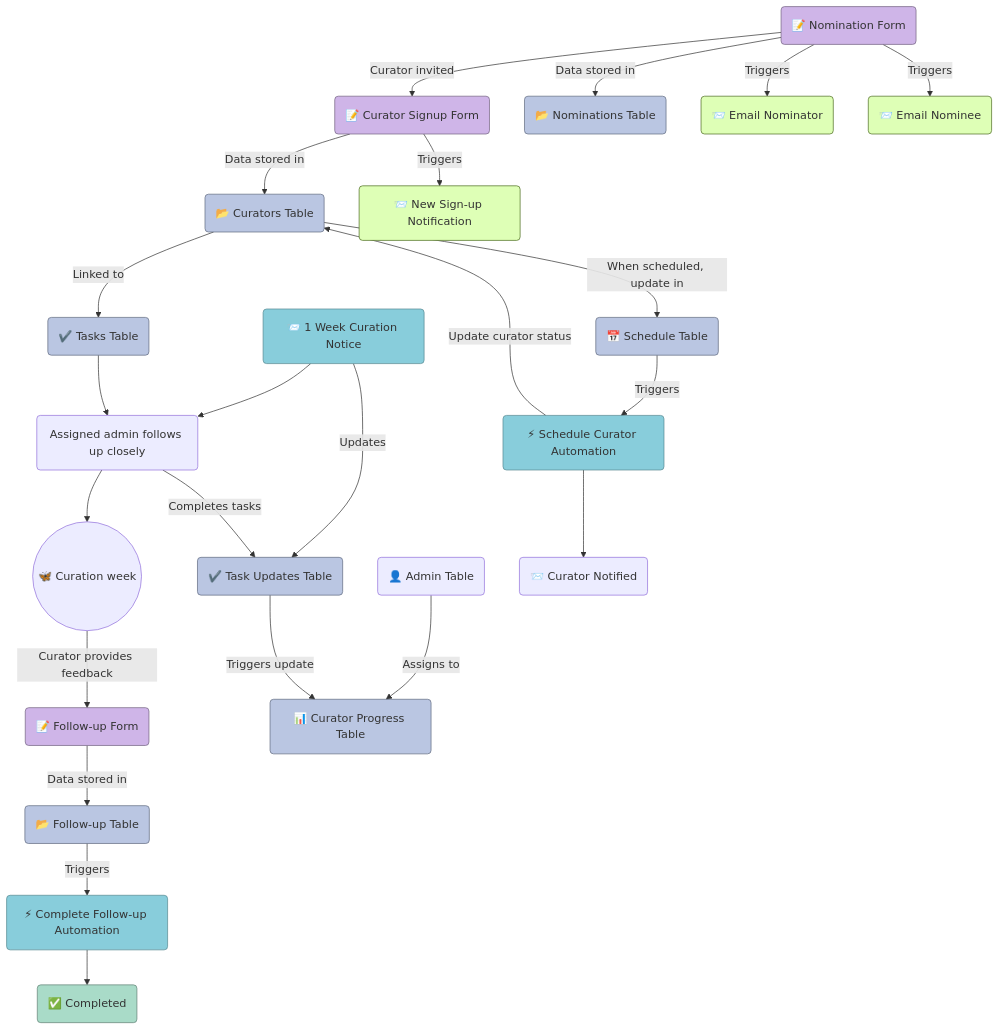
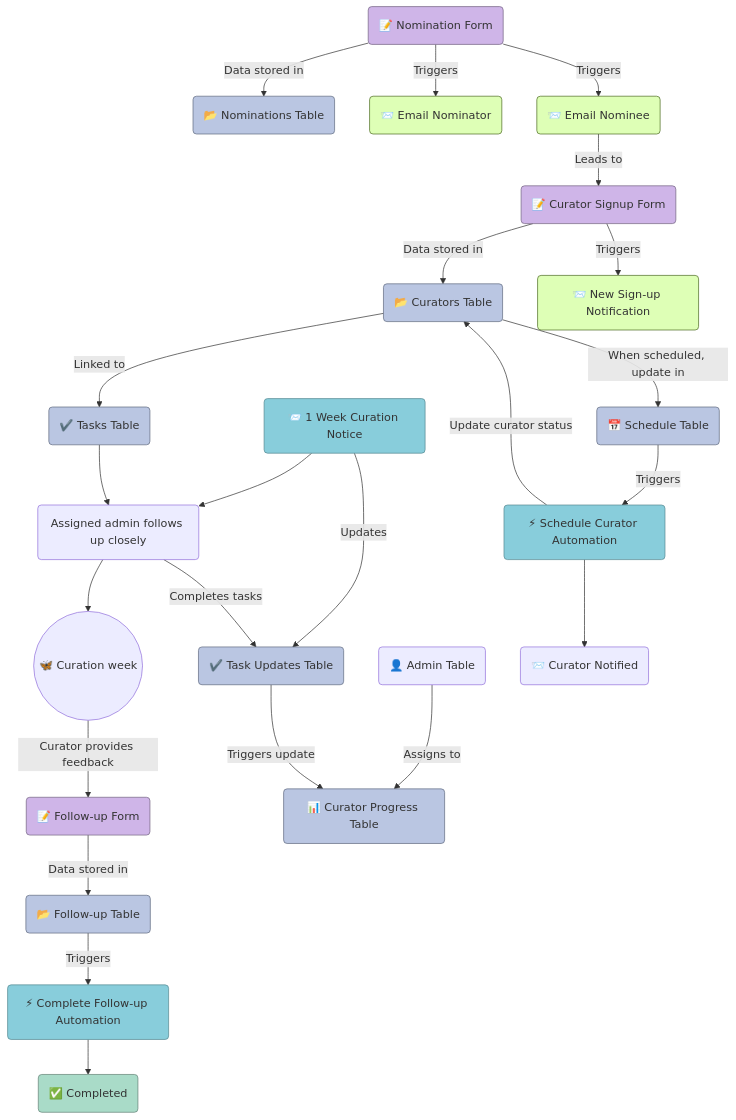
One commit to rladies/rladiesguide changed the second of 2 diagrams in content/rocur/admin guide/airtable/index.en.md. Above: the diagram before and after it, drawn with Mermaid.

Commit message:
minor fixes in mermaids

```diff
--- a/content/rocur/admin guide/airtable/index.en.md
+++ b/content/rocur/admin guide/airtable/index.en.md
@@ -387,83 +387,82 @@
 {{<mermaid align="left">}}
 
 graph TD;
 %% Forms
 NominationsForm("📝 Nomination Form");
 SignupForm("📝 Curator Signup Form");
 FollowUpForm("📝 Follow-up Form");
 
 %% Tables
 NominationsTable("📂 Nominations Table");
 CuratorsTable("📂 Curators Table");
 ScheduleTable("📅 Schedule Table");
 FollowUpTable("📂 Follow-up Table");
 TasksTable("✔️ Tasks Table");
 AdminTable("👤 Admin Table");
 TaskUpdatesTable("✔️ Task Updates Table");
 CuratorProgressTable("📊 Curator Progress Table");
 
 %% Actions
 EmailNominator("📨 Email Nominator");
 EmailNominee("📨 Email Nominee");
 NewSignupNotification("📨 New Sign-up Notification");
 ScheduleAutomation("⚡ Schedule Curator Automation");
 WeekNotice("📨 1 Week Curation Notice");
 CompletionAutomation("⚡ Complete Follow-up Automation");
 PreCurationWeek("Assigned admin follows up closely");
 CurationWeek(("🦋 Curation week"));
 
 %% Connections
 NominationsForm -->|Data stored in| NominationsTable;
-NominationsForm -->|Curator invited| SignupForm;
+NominationsForm -->|Triggers| EmailNominator;
+NominationsForm -->|Triggers| EmailNominee;
+EmailNominee -->|Leads to| SignupForm;
+
 SignupForm -->|Data stored in| CuratorsTable;
+SignupForm -->|Triggers| NewSignupNotification;
 
 AdminTable --> |Assigns to| CuratorProgressTable;
 
 CuratorsTable -->|When scheduled, update in| ScheduleTable;
 ScheduleTable -->|Triggers| ScheduleAutomation;
 ScheduleAutomation --> CuratorNotified
 CuratorNotified("📨 Curator Notified");
 ScheduleAutomation -->|Update curator status| CuratorsTable;
 CuratorsTable -->|Linked to| TasksTable;
 
 WeekNotice --> PreCurationWeek;
 WeekNotice --> |Updates | TaskUpdatesTable;
 TasksTable --> PreCurationWeek;
 PreCurationWeek -->|Completes tasks| TaskUpdatesTable;
 TaskUpdatesTable -->|Triggers update| CuratorProgressTable;
 PreCurationWeek --> CurationWeek
 CurationWeek -->|Curator provides feedback| FollowUpForm;
 FollowUpForm -->|Data stored in| FollowUpTable;
 
 FollowUpTable -->|Triggers| CompletionAutomation;
 CompletionAutomation --> CompletedCurators("✅ Completed");
-
-%% Additional Automations
-NominationsForm -->|Triggers| EmailNominator
-NominationsForm -->|Triggers| EmailNominee;
-SignupForm -->|Triggers| NewSignupNotification;
 
 %% Styles
 style NominationsTable fill:#a9b8dbcc,stroke:#616a80;
 style CuratorsTable fill:#a9b8dbcc,stroke:#616a80;
 style ScheduleTable fill:#a9b8dbcc,stroke:#616a80;
 style FollowUpTable fill:#a9b8dbcc,stroke:#616a80;
 style TasksTable fill:#a9b8dbcc,stroke:#616a80;
 style TaskUpdatesTable fill:#a9b8dbcc,stroke:#616a80;
 style CuratorProgressTable fill:#a9b8dbcc,stroke:#616a80;
 
 style NominationsForm fill:#cfb5e8,stroke:#736382;
 style SignupForm fill:#cfb5e8,stroke:#736382;
 style FollowUpForm fill:#cfb5e8,stroke:#736382;
 
 style CompletionAutomation fill:#88cddb,stroke:#578891;
 style ScheduleAutomation fill:#88cddb,stroke:#578891;
 style WeekNotice fill:#88cddb,stroke:#578891;
 
 style CompletedCurators fill:#a9dbc8,stroke:#638276;
 
 style EmailNominator fill:#deffb6,stroke:#4c6b22;
 style EmailNominee fill:#deffb6,stroke:#4c6b22;
 style NewSignupNotification fill:#deffb6,stroke:#4c6b22;
 
 {{< /mermaid >}}
```
